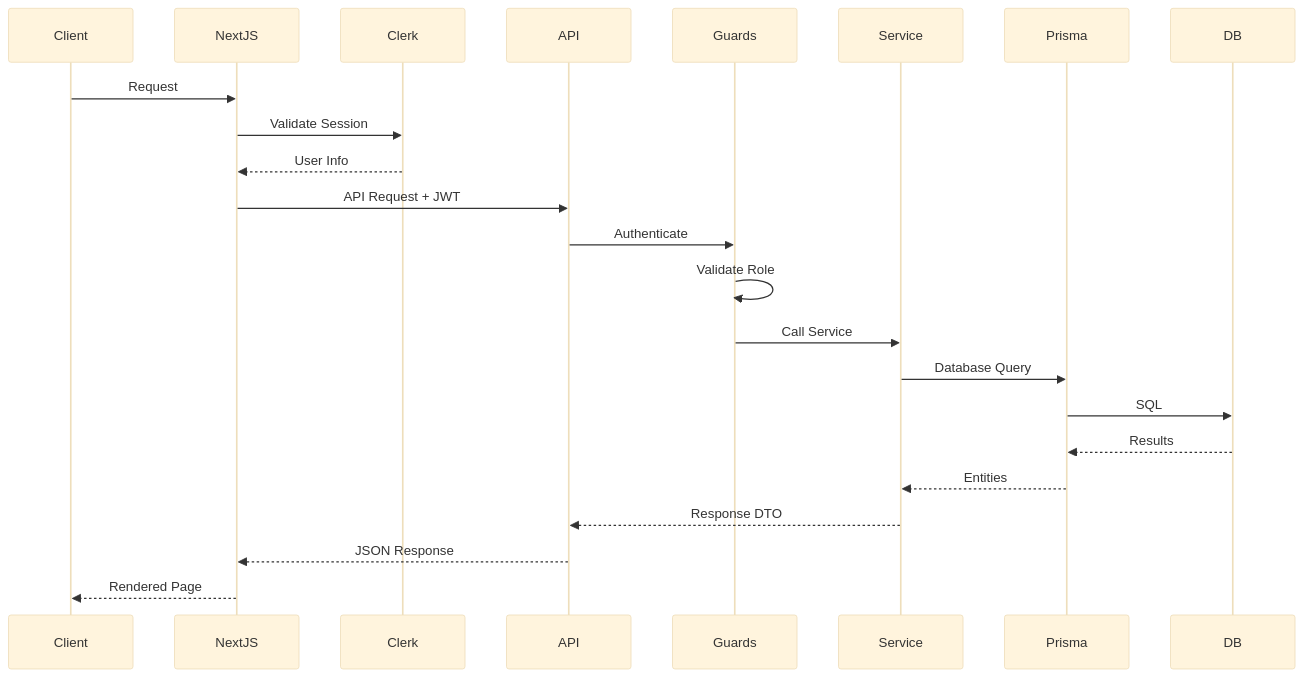
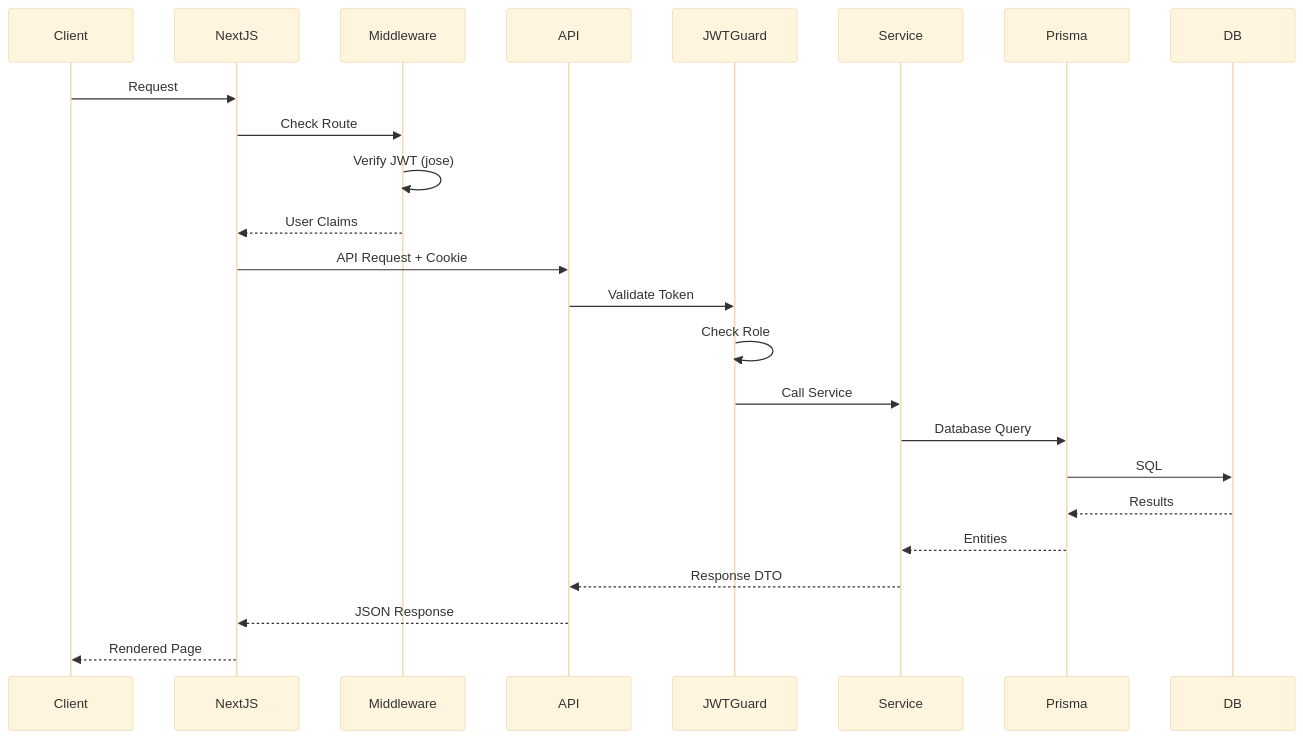
Before and after one commit to gsriramve/edunexus: the fourth of 7 diagrams in docs/architecture/SYSTEM_ARCHITECTURE.md, drawn with Mermaid (base theme). The commit also changed other lines of this file and 1 other file, not shown here.

First line of the commit message:
docs: Update architecture and session docs for JWT migration

````diff
--- a/docs/architecture/SYSTEM_ARCHITECTURE.md
+++ b/docs/architecture/SYSTEM_ARCHITECTURE.md
@@ -233,26 +318,27 @@
 ```mermaid
 sequenceDiagram
     participant Client
     participant NextJS
-    participant Clerk
+    participant Middleware
     participant API
-    participant Guards
+    participant JWTGuard
     participant Service
     participant Prisma
     participant DB
 
     Client->>NextJS: Request
-    NextJS->>Clerk: Validate Session
-    Clerk-->>NextJS: User Info
-    NextJS->>API: API Request + JWT
-    API->>Guards: Authenticate
-    Guards->>Guards: Validate Role
-    Guards->>Service: Call Service
+    NextJS->>Middleware: Check Route
+    Middleware->>Middleware: Verify JWT (jose)
+    Middleware-->>NextJS: User Claims
+    NextJS->>API: API Request + Cookie
+    API->>JWTGuard: Validate Token
+    JWTGuard->>JWTGuard: Check Role
+    JWTGuard->>Service: Call Service
     Service->>Prisma: Database Query
     Prisma->>DB: SQL
     DB-->>Prisma: Results
     Prisma-->>Service: Entities
     Service-->>API: Response DTO
     API-->>NextJS: JSON Response
     NextJS-->>Client: Rendered Page
 ```
````
